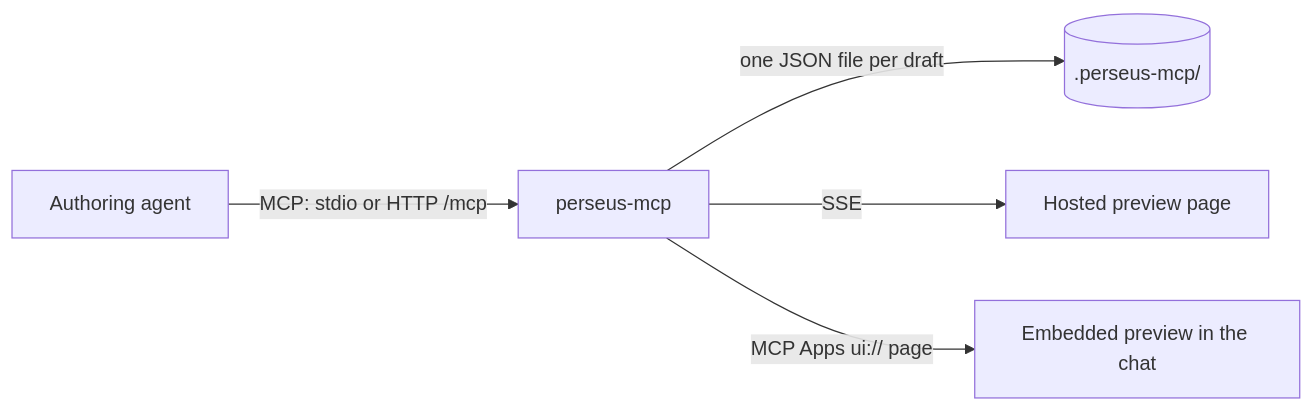
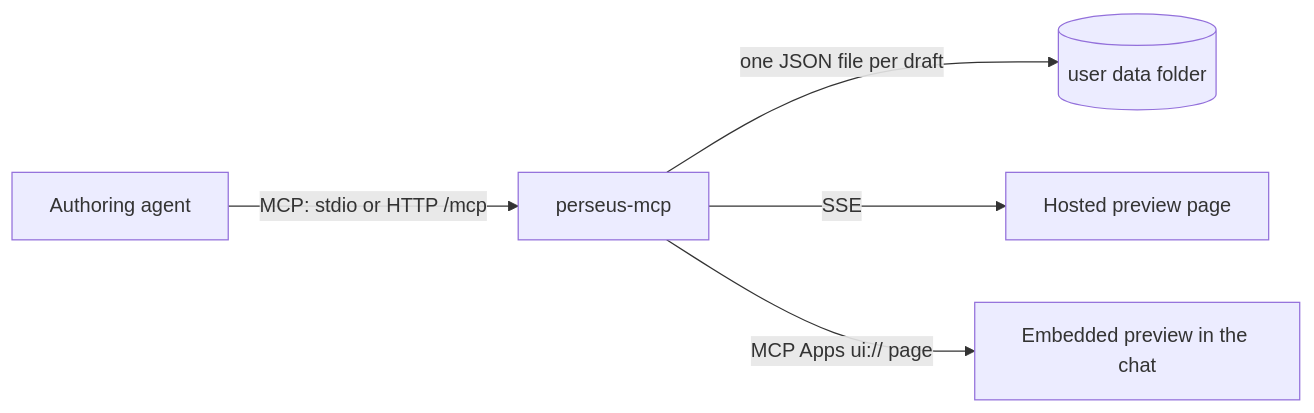
Before and after one commit to Khan/perseus: the diagram in packages/perseus-mcp/notes/plan.md, drawn with Mermaid. The commit also changed other lines of this file and 7 other files, not shown here.

Commit message:
[jer/perseus-mcp] Keep drafts in one folder however perseus-mcp starts

````diff
--- a/packages/perseus-mcp/notes/plan.md
+++ b/packages/perseus-mcp/notes/plan.md
@@ -231,7 +233,7 @@
 ```mermaid
 flowchart LR
     agent[Authoring agent] -- "MCP: stdio or HTTP /mcp" --> server[perseus-mcp]
-    server -- "one JSON file per draft" --> disk[(.perseus-mcp/)]
+    server -- "one JSON file per draft" --> disk[(user data folder)]
     server -- SSE --> hosted[Hosted preview page]
     server -- "MCP Apps ui:// page" --> embedded[Embedded preview in the chat]
 ```
````
